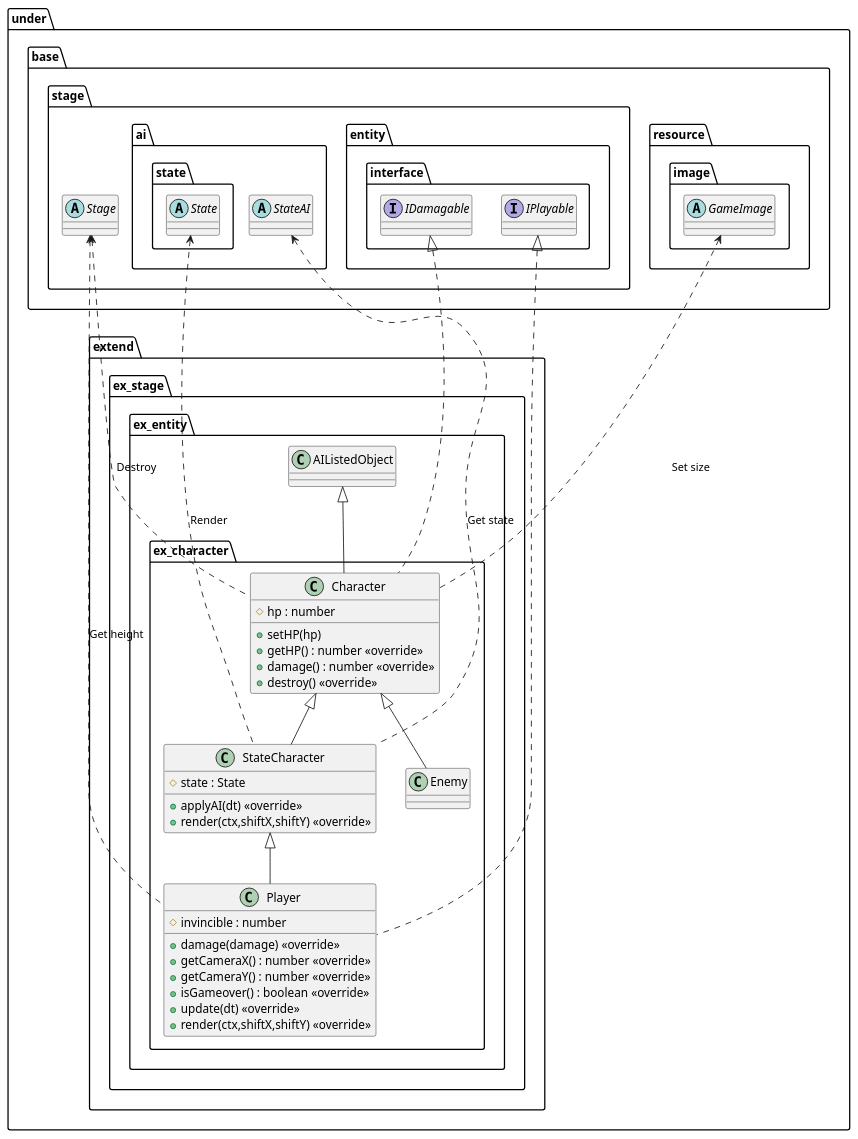
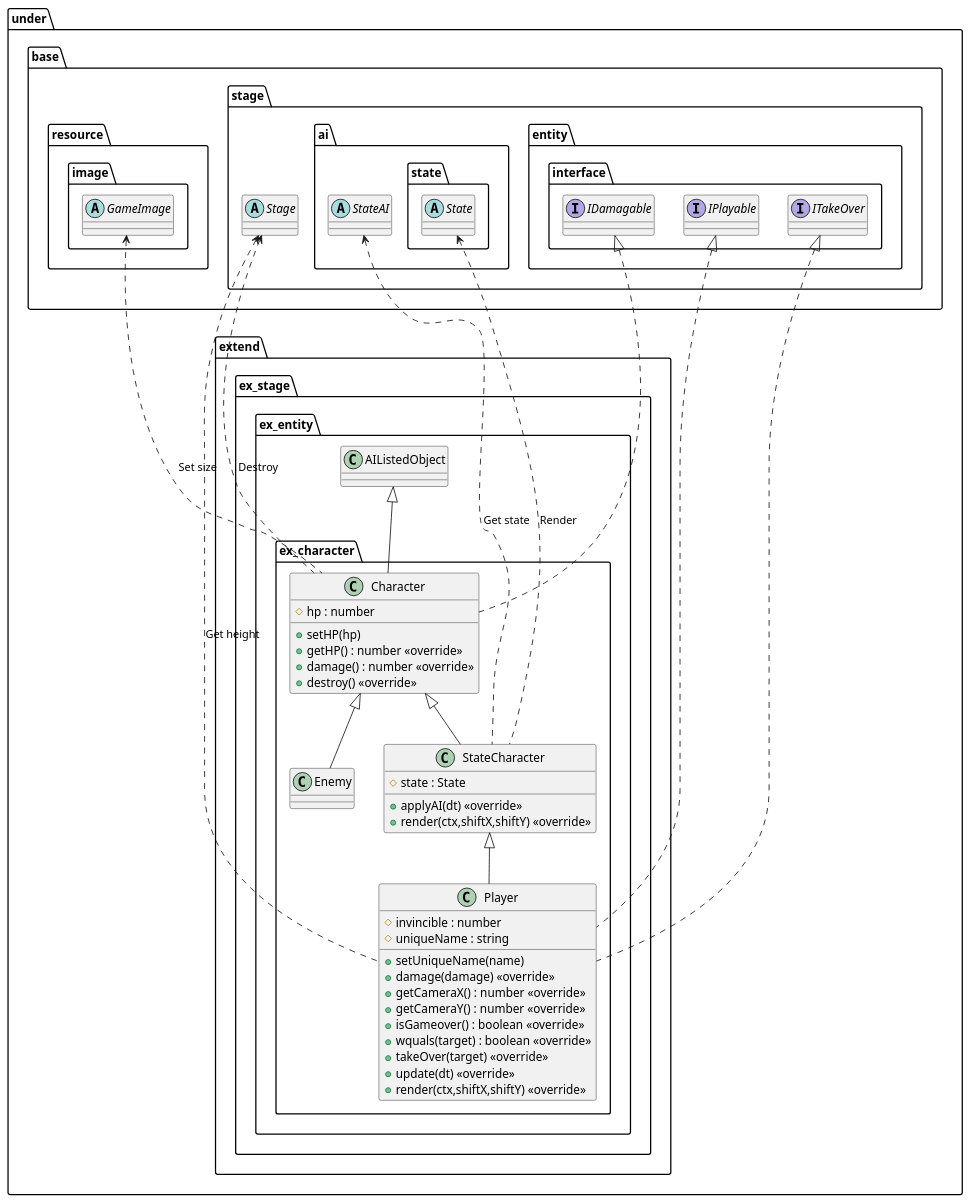
One commit to Expine/Under changed the diagram in uml/entity/ExtendCharacter.wsd. Above: the diagram before and after it, drawn with PlantUML. The commit also changed 20 other files, not shown here.

Commit message:
Add take over interface and implements on player

```diff
--- a/uml/entity/ExtendCharacter.wsd
+++ b/uml/entity/ExtendCharacter.wsd
@@ -1,84 +1,90 @@
 @startuml EntityExtendCharacter
 package under {
     package extend {
         package ex_stage {
             package ex_entity {
                 package ex_character {
                     class Character {
                         #hp : number
                         +setHP(hp)
                         +getHP() : number <<override>>
                         +damage() : number <<override>>
                         +destroy() <<override>>
                     }
                     class StateCharacter {
                         #state : State
                         +applyAI(dt) <<override>>
                         +render(ctx,shiftX,shiftY) <<override>>
                     }
                     class Enemy
                     class Player {
                         #invincible : number
+                        #uniqueName : string
+                        +setUniqueName(name)
                         +damage(damage) <<override>>
                         +getCameraX() : number <<override>>
                         +getCameraY() : number <<override>>
                         +isGameover() : boolean <<override>>
+                        +wquals(target) : boolean <<override>>
+                        +takeOver(target) <<override>>
                         +update(dt) <<override>>
                         +render(ctx,shiftX,shiftY) <<override>>
                     }
                 }
             }
         }
     }
 }
 
 package under {
     package base {
         package resource {
             package image {
                 abstract GameImage
             }
         }
         package stage {
             abstract Stage
             package ai {
                 abstract StateAI
                 package state {
                     abstract State
                 }
             }
             package entity {
                 package interface {
                     interface IDamagable
                     interface IPlayable
+                    interface ITakeOver
                 }
             }
         }
     }
 }
 
 package under {
     package extend {
         package ex_stage {
             package ex_entity {
                 class AIListedObject
             }
         }
     }
 }
 
 Stage <... Character : Destroy
 GameImage <... Character : Set size
 StateAI <... StateCharacter : Get state
 State <... StateCharacter : Render
 
 Stage <... Player : Get height
 
 AIListedObject <|-- Character
 IDamagable <|.. Character
 Character <|-- StateCharacter
 StateCharacter <|-- Player
 IPlayable <|.. Player
+ITakeOver <|.. Player
 Character <|-- Enemy
 
 @enduml
```
